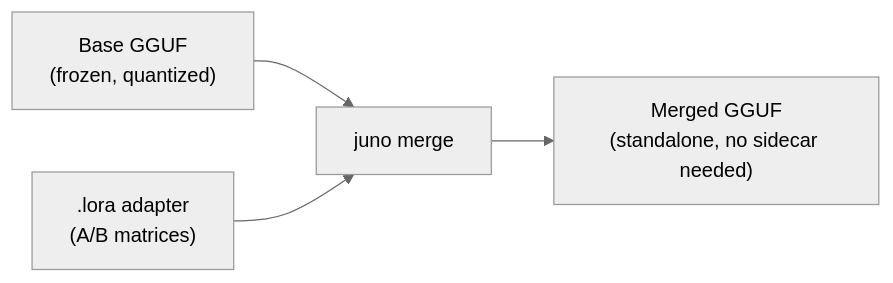
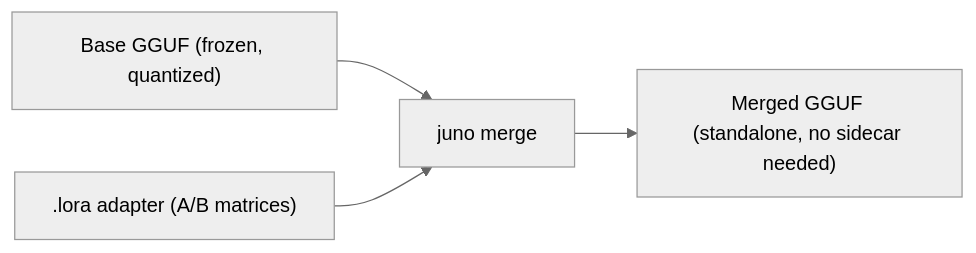
Before and after one commit to ml-cab/juno: the diagram in juno-documentation/part4/05-merging-adapters.md, drawn with Mermaid (neutral theme). The commit also changed 20 other files, not shown here.

Commit message:
mermaids updated, getting rid of new line character

````diff
--- a/juno-documentation/part4/05-merging-adapters.md
+++ b/juno-documentation/part4/05-merging-adapters.md
@@ -4,6 +4,6 @@
 ```mermaid
 flowchart LR
-    Base["Base GGUF\n(frozen, quantized)"] --> Merge["juno merge"]
-    Adapter[".lora adapter\n(A/B matrices)"] --> Merge
-    Merge --> Out["Merged GGUF\n(standalone, no sidecar needed)"]
+    Base["Base GGUF (frozen, quantized)"] --> Merge["juno merge"]
+    Adapter[".lora adapter (A/B matrices)"] --> Merge
+    Merge --> Out["Merged GGUF (standalone, no sidecar needed)"]
 ```
````
